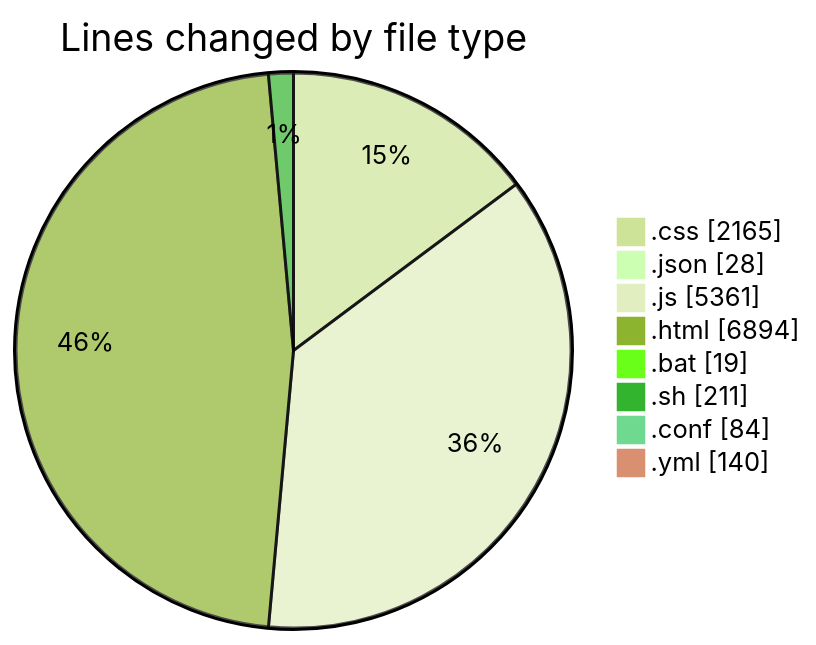
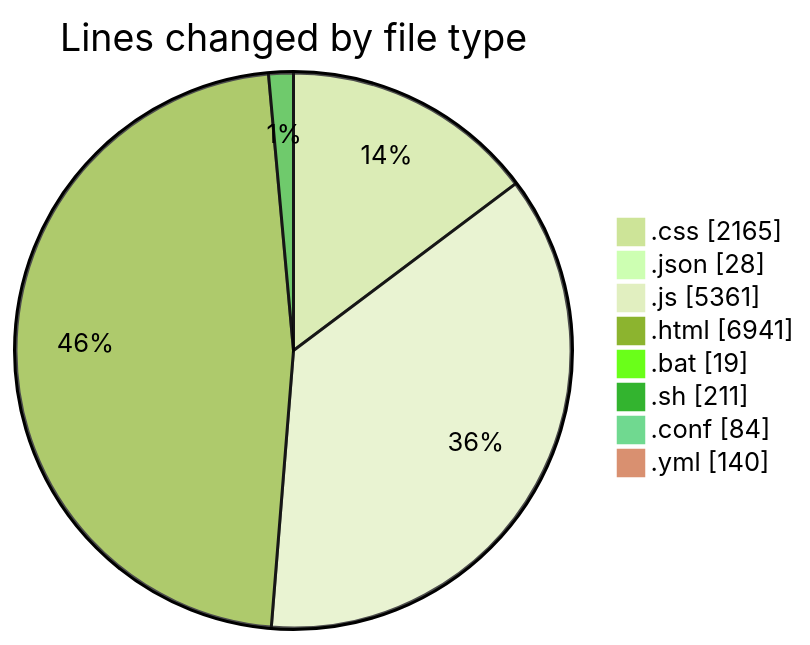
Before and after one commit to becaeroporto-bot/code-tracking: the first of 2 diagrams in 2026-02-18/bot_v1_2/README.md, drawn with Mermaid (forest theme). The commit also changed other lines of this file and 1 other file, not shown here.

````diff
--- a/2026-02-18/bot_v1_2/README.md
+++ b/2026-02-18/bot_v1_2/README.md
@@ -43,12 +43,12 @@
 ```mermaid
 pie showData
 title Lines changed by file type
 ".css" : 2165
 ".json" : 28
 ".js" : 5361
-".html" : 6894
+".html" : 6941
 ".bat" : 19
 ".sh" : 211
 ".conf" : 84
 ".yml" : 140
 ```
````
